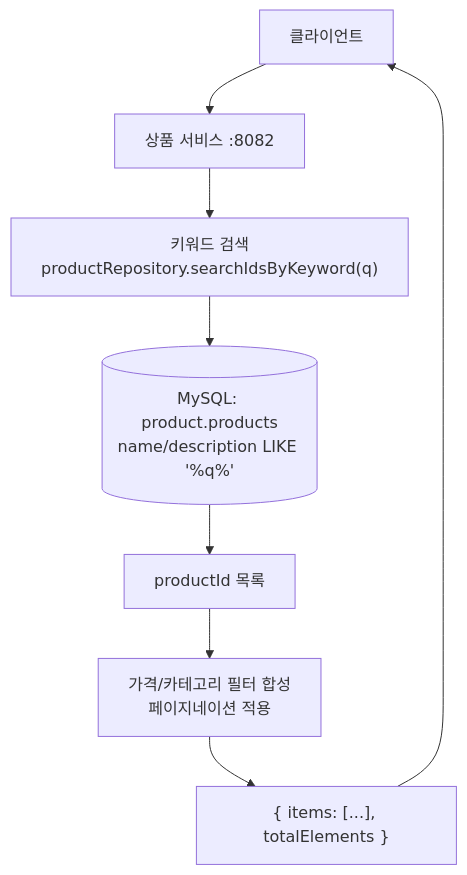
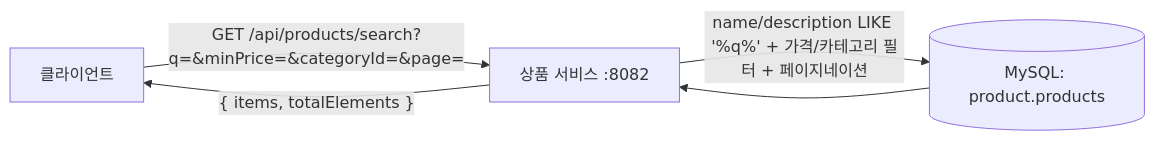
One commit to ing9990/deep-blog changed the diagram in mini-coupang/diagrams/product-search.md. Above: the diagram before and after it, drawn with Mermaid. The commit also changed 14 other files, not shown here.

````diff
--- a/mini-coupang/diagrams/product-search.md
+++ b/mini-coupang/diagrams/product-search.md
@@ -18,10 +18,7 @@
 ```mermaid
-flowchart TD
-    C["클라이언트"] --> PS["상품 서비스 :8082"]
-    PS --> SS["키워드 검색<br/>productRepository.searchIdsByKeyword(q)"]
-    SS --> DB[("MySQL: product.products<br/>name/description LIKE '%q%'")]
-    DB --> H["productId 목록"]
-    H --> F["가격/카테고리 필터 합성<br/>페이지네이션 적용"]
-    F --> Resp["{ items: [...], totalElements }"]
-    Resp --> C
+flowchart LR
+    C["클라이언트"] -- "GET /api/products/search?q=&minPrice=&categoryId=&page=" --> PS["상품 서비스 :8082"]
+    PS -- "name/description LIKE '%q%' + 가격/카테고리 필터 + 페이지네이션" --> DB[("MySQL: product.products")]
+    DB --> PS
+    PS -- "{ items, totalElements }" --> C
 ```
````
